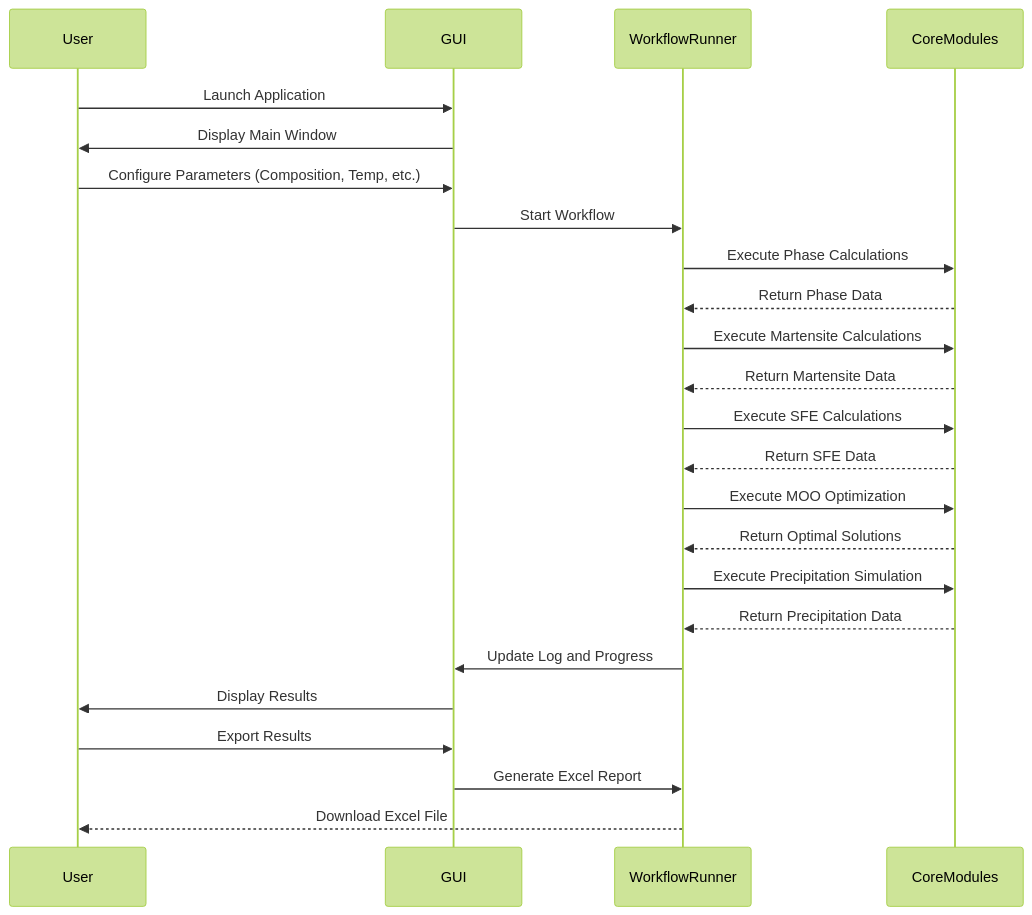
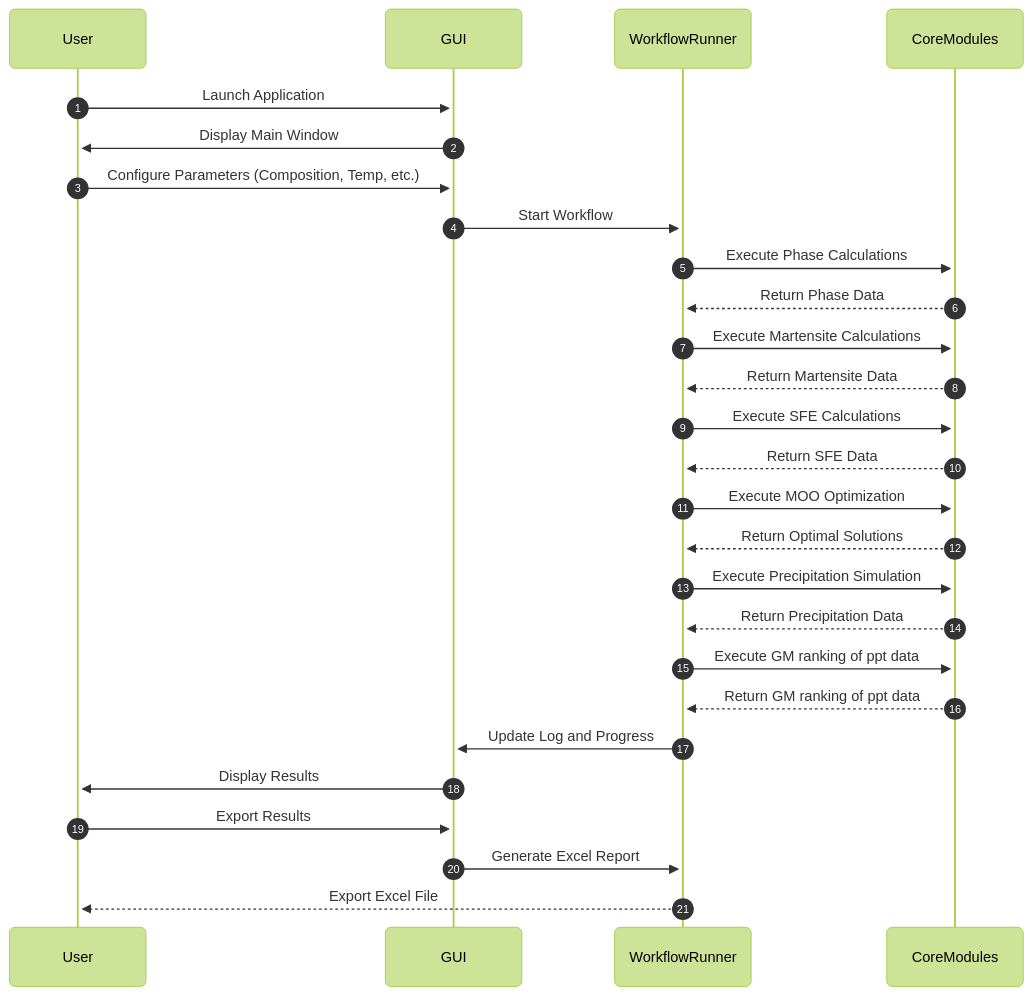
Before and after one commit to mah-elaraby/Alloy_design_toolkit: the diagram in README.md, drawn with Mermaid (forest theme).

Commit message:
Refactor GUI flow diagram for clarity

````diff
--- a/README.md
+++ b/README.md
@@ -111,27 +111,34 @@
 ```mermaid
+---
+config:
+  look: neo
+---
 sequenceDiagram
-    participant User
-    participant GUI
-    participant WorkflowRunner
-    participant CoreModules
+  participant User as User
+  participant GUI as GUI
+  participant WorkflowRunner as WorkflowRunner
+  participant CoreModules as CoreModules
+  autonumber
+  User ->> GUI: Launch Application
+  GUI ->> User: Display Main Window
+  User ->> GUI: Configure Parameters (Composition, Temp, etc.)
+  GUI ->> WorkflowRunner: Start Workflow
+  WorkflowRunner ->> CoreModules: Execute Phase Calculations
+  CoreModules -->> WorkflowRunner: Return Phase Data
+  WorkflowRunner ->> CoreModules: Execute Martensite Calculations
+  CoreModules -->> WorkflowRunner: Return Martensite Data
+  WorkflowRunner ->> CoreModules: Execute SFE Calculations
+  CoreModules -->> WorkflowRunner: Return SFE Data
+  WorkflowRunner ->> CoreModules: Execute MOO Optimization
+  CoreModules -->> WorkflowRunner: Return Optimal Solutions
+  WorkflowRunner ->> CoreModules: Execute Precipitation Simulation
+  CoreModules -->> WorkflowRunner: Return Precipitation Data
+  WorkflowRunner ->> CoreModules: Execute GM ranking of ppt data
+  CoreModules -->> WorkflowRunner: Return GM ranking of ppt data
+  WorkflowRunner ->> GUI: Update Log and Progress
+  GUI ->> User: Display Results
+  User ->> GUI: Export Results
+  GUI ->> WorkflowRunner: Generate Excel Report
+  WorkflowRunner -->> User: Export Excel File
 
-    User->>GUI: Launch Application
-    GUI->>User: Display Main Window
-    User->>GUI: Configure Parameters (Composition, Temp, etc.)
-    GUI->>WorkflowRunner: Start Workflow
-    WorkflowRunner->>CoreModules: Execute Phase Calculations
-    CoreModules-->>WorkflowRunner: Return Phase Data
-    WorkflowRunner->>CoreModules: Execute Martensite Calculations
-    CoreModules-->>WorkflowRunner: Return Martensite Data
-    WorkflowRunner->>CoreModules: Execute SFE Calculations
-    CoreModules-->>WorkflowRunner: Return SFE Data
-    WorkflowRunner->>CoreModules: Execute MOO Optimization
-    CoreModules-->>WorkflowRunner: Return Optimal Solutions
-    WorkflowRunner->>CoreModules: Execute Precipitation Simulation
-    CoreModules-->>WorkflowRunner: Return Precipitation Data
-    WorkflowRunner->>GUI: Update Log and Progress
-    GUI->>User: Display Results
-    User->>GUI: Export Results
-    GUI->>WorkflowRunner: Generate Excel Report
-    WorkflowRunner-->>User: Download Excel File
 ```
````
